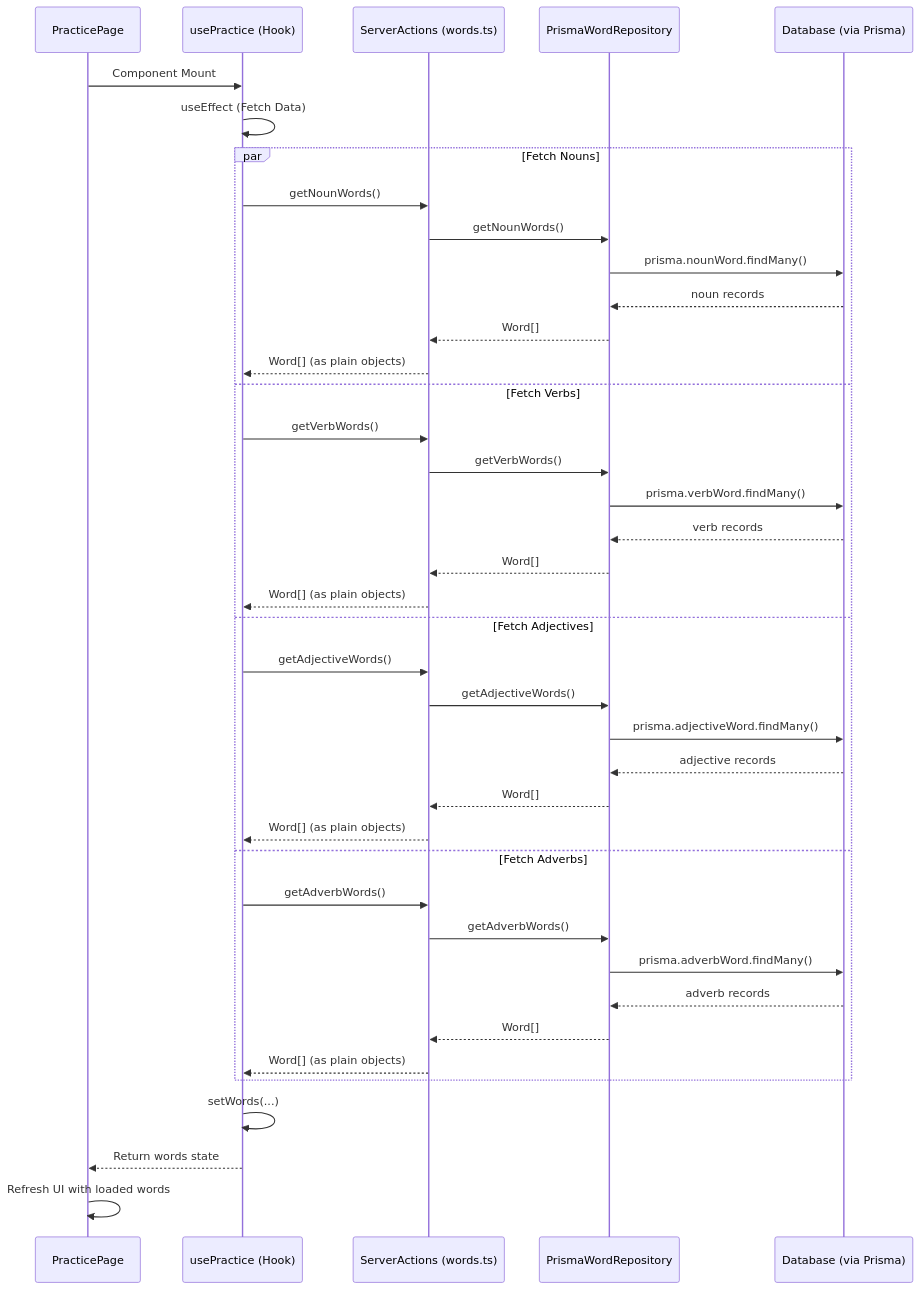
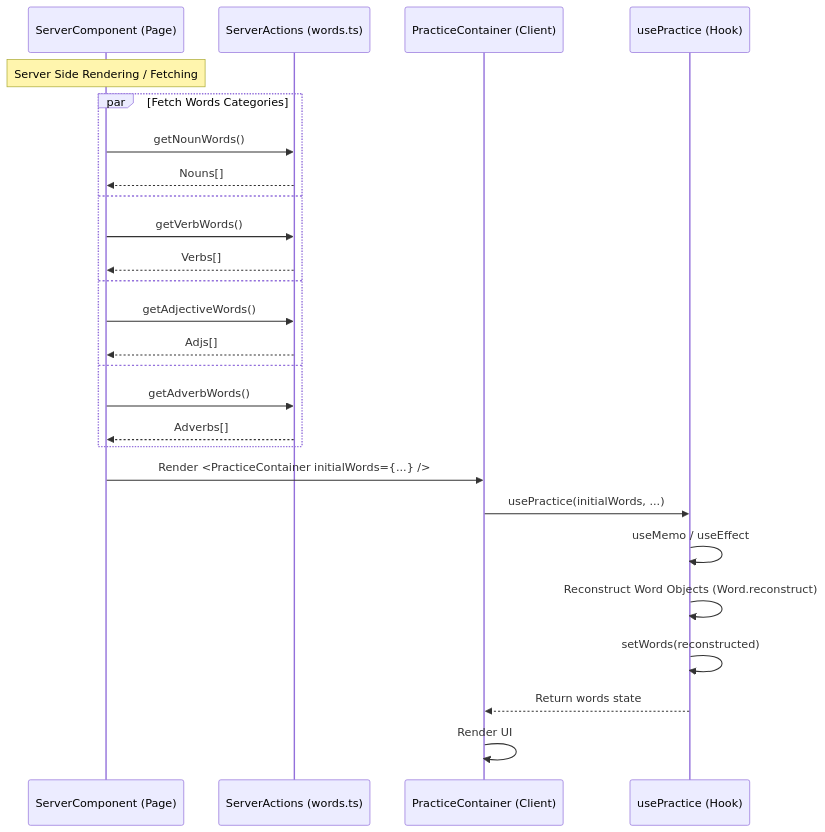
The diagram in docs/sequence-diagrams/practices/fetchInitialData.md (kayamak/grid9-english), drawn with Mermaid before and after one commit. The commit also changed 16 other files, not shown here.

Commit message:
未使用コード削除とシーケンス図を更新

````diff
--- a/docs/sequence-diagrams/practices/fetchInitialData.md
+++ b/docs/sequence-diagrams/practices/fetchInitialData.md
@@ -3,45 +3,33 @@
 ```mermaid
 sequenceDiagram
-    participant Page as PracticePage
+    participant Parent as ServerComponent (Page)
+    participant Action as ServerActions (words.ts)
+    participant Page as PracticeContainer (Client)
     participant Hook as usePractice (Hook)
-    participant Action as ServerActions (words.ts)
-    participant Repo as PrismaWordRepository
-    participant DB as Database (via Prisma)
 
-    Page->>Hook: Component Mount
-    Hook->>Hook: useEffect (Fetch Data)
+    Note over Parent: Server Side Rendering / Fetching
     
-    par Fetch Nouns
-        Hook->>Action: getNounWords()
-        Action->>Repo: getNounWords()
-        Repo->>DB: prisma.nounWord.findMany()
-        DB-->>Repo: noun records
-        Repo-->>Action: Word[]
-        Action-->>Hook: Word[] (as plain objects)
-    and Fetch Verbs
-        Hook->>Action: getVerbWords()
-        Action->>Repo: getVerbWords()
-        Repo->>DB: prisma.verbWord.findMany()
-        DB-->>Repo: verb records
-        Repo-->>Action: Word[]
-        Action-->>Hook: Word[] (as plain objects)
-    and Fetch Adjectives
-        Hook->>Action: getAdjectiveWords()
-        Action->>Repo: getAdjectiveWords()
-        Repo->>DB: prisma.adjectiveWord.findMany()
-        DB-->>Repo: adjective records
-        Repo-->>Action: Word[]
-        Action-->>Hook: Word[] (as plain objects)
-    and Fetch Adverbs
-        Hook->>Action: getAdverbWords()
-        Action->>Repo: getAdverbWords()
-        Repo->>DB: prisma.adverbWord.findMany()
-        DB-->>Repo: adverb records
-        Repo-->>Action: Word[]
-        Action-->>Hook: Word[] (as plain objects)
+    par Fetch Words Categories
+        Parent->>Action: getNounWords()
+        Action-->>Parent: Nouns[]
+    and
+        Parent->>Action: getVerbWords()
+        Action-->>Parent: Verbs[]
+    and
+        Parent->>Action: getAdjectiveWords()
+        Action-->>Parent: Adjs[]
+    and
+        Parent->>Action: getAdverbWords()
+        Action-->>Parent: Adverbs[]
     end
 
-    Hook->>Hook: setWords(...)
+    Parent->>Page: Render <PracticeContainer initialWords={...} />
+    
+    Page->>Hook: usePractice(initialWords, ...)
+    Hook->>Hook: useMemo / useEffect
+    Hook->>Hook: Reconstruct Word Objects (Word.reconstruct)
+    Hook->>Hook: setWords(reconstructed)
+    
     Hook-->>Page: Return words state
-    Page->>Page: Refresh UI with loaded words
+    Page->>Page: Render UI
 ```
````
